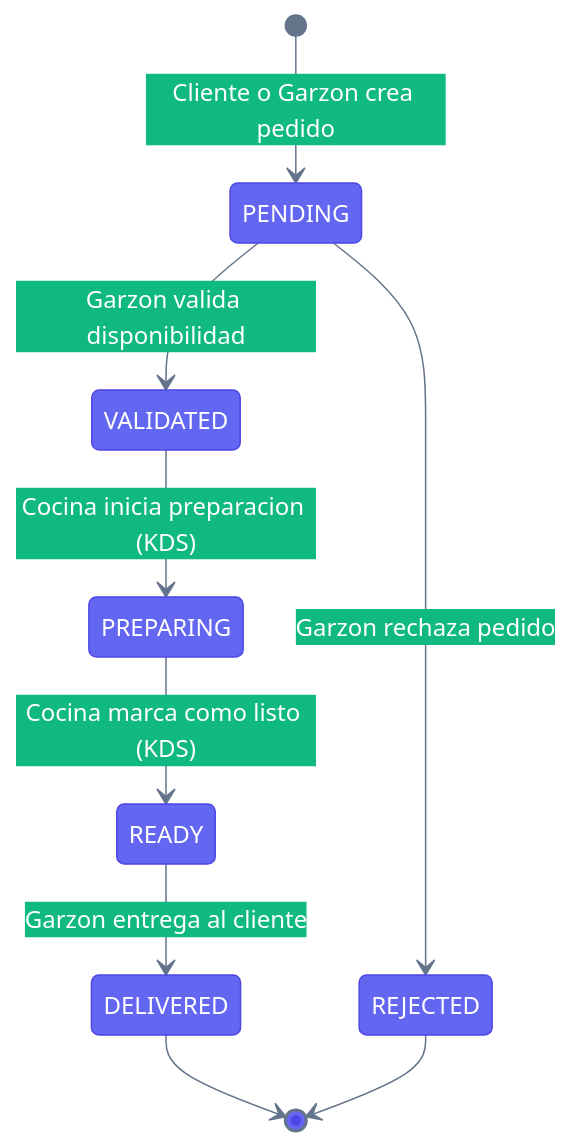
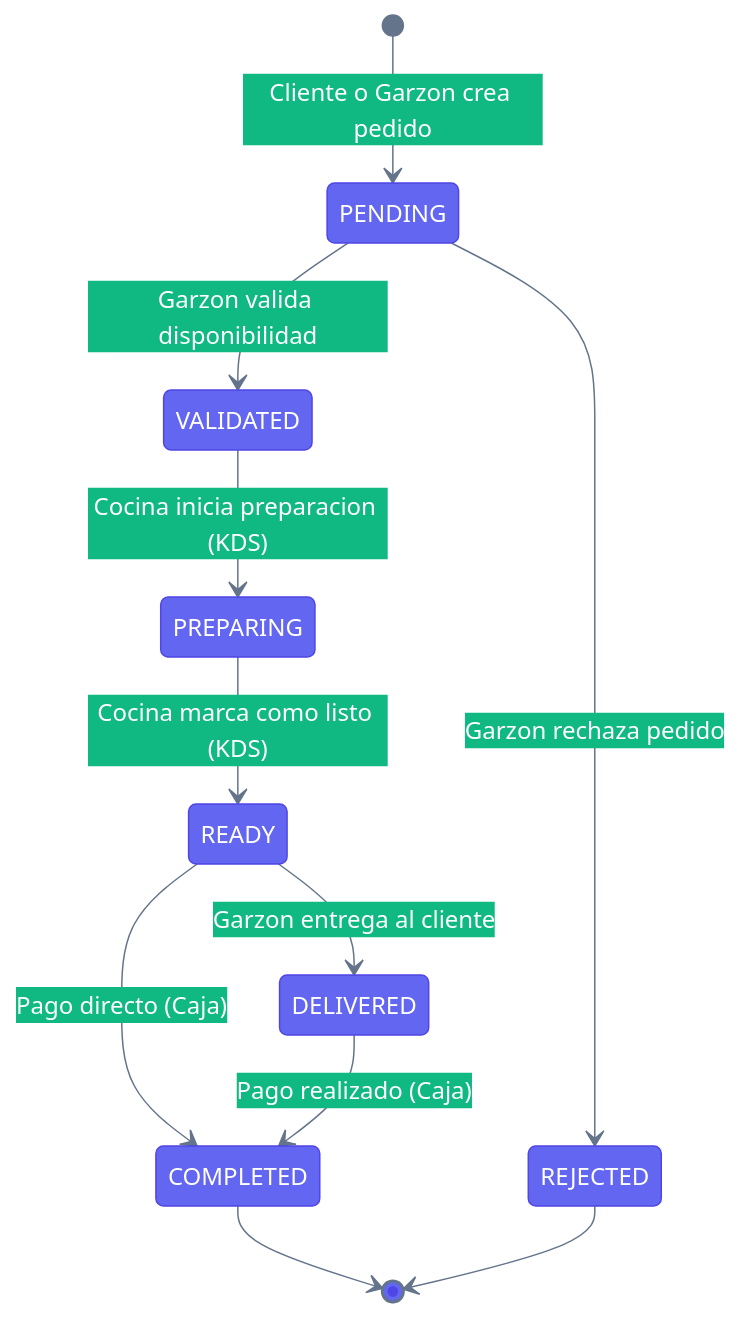
One commit to Hctr2002/Software-Restaurantes changed the fourth of 7 diagrams in Documentacion/TECHNICAL_SAD.md. Above: the diagram before and after it, drawn with Mermaid. The commit also changed other lines of this file and 4 other files, not shown here.

````diff
--- a/Documentacion/TECHNICAL_SAD.md
+++ b/Documentacion/TECHNICAL_SAD.md
@@ -208,22 +208,24 @@
 ```mermaid
 %%{init: {
   'theme': 'base',
   'themeVariables': {
     'primaryColor': '#6366f1',
     'primaryTextColor': '#ffffff',
     'primaryBorderColor': '#4f46e5',
     'lineColor': '#64748b',
     'secondaryColor': '#10b981',
     'fontFamily': 'Inter, sans-serif'
   }
 }}%%
 stateDiagram-v2
     [*] --> PENDING : Cliente o Garzon crea pedido
     PENDING --> VALIDATED : Garzon valida disponibilidad
     PENDING --> REJECTED : Garzon rechaza pedido
     VALIDATED --> PREPARING : Cocina inicia preparacion (KDS)
     PREPARING --> READY : Cocina marca como listo (KDS)
     READY --> DELIVERED : Garzon entrega al cliente
-    DELIVERED --> [*]
+    READY --> COMPLETED : Pago directo (Caja)
+    DELIVERED --> COMPLETED : Pago realizado (Caja)
+    COMPLETED --> [*]
     REJECTED --> [*]
 ```
````
